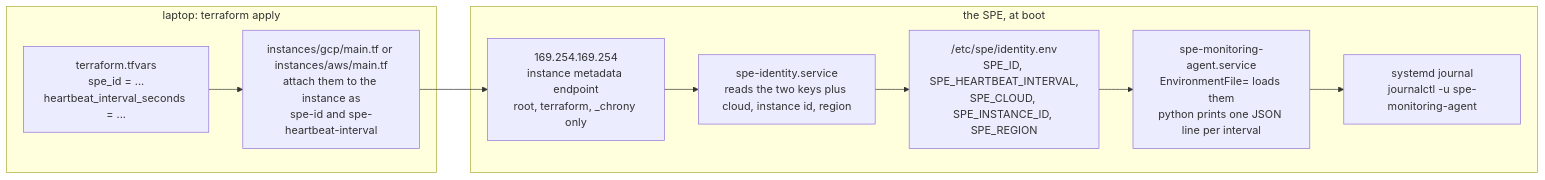
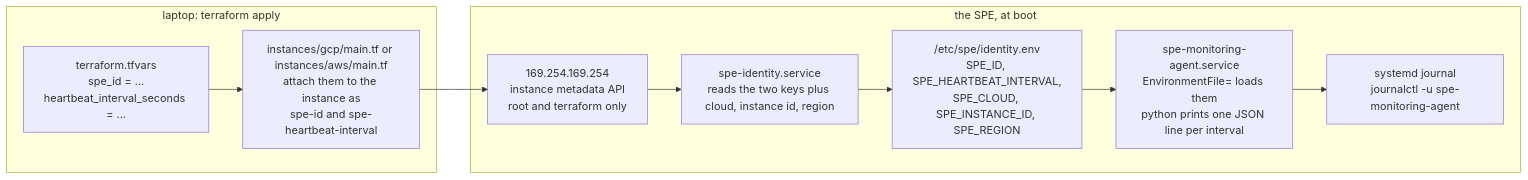
One commit to JorgeIvanJH/Infrastructure-as-Code changed the diagram in 06-spe-multicloud-gcp-aws/files/logging/heartbeat/README.md. Above: the diagram before and after it, drawn with Mermaid. The commit also changed other lines of this file and 11 other files, not shown here.

```diff
--- a/06-spe-multicloud-gcp-aws/files/logging/heartbeat/README.md
+++ b/06-spe-multicloud-gcp-aws/files/logging/heartbeat/README.md
@@ -7,15 +7,15 @@
 ~~~mermaid
 flowchart LR
     subgraph laptop["laptop: terraform apply"]
         V["terraform.tfvars<br>spe_id = ...<br>heartbeat_interval_seconds = ..."]
         M["instances/gcp/main.tf or instances/aws/main.tf<br>attach them to the instance as<br>spe-id and spe-heartbeat-interval"]
     end
     subgraph vm["the SPE, at boot"]
-        E["169.254.169.254<br>instance metadata endpoint<br>root, terraform, _chrony only"]
+        E["169.254.169.254<br>instance metadata API<br>root and terraform only"]
         I["spe-identity.service<br>reads the two keys plus cloud, instance id, region"]
         F["/etc/spe/identity.env<br>SPE_ID, SPE_HEARTBEAT_INTERVAL,<br>SPE_CLOUD, SPE_INSTANCE_ID, SPE_REGION"]
         A["spe-monitoring-agent.service<br>EnvironmentFile= loads them<br>python prints one JSON line per interval"]
         J["systemd journal<br>journalctl -u spe-monitoring-agent"]
     end
     V --> M --> E --> I --> F --> A --> J
 ~~~
```
